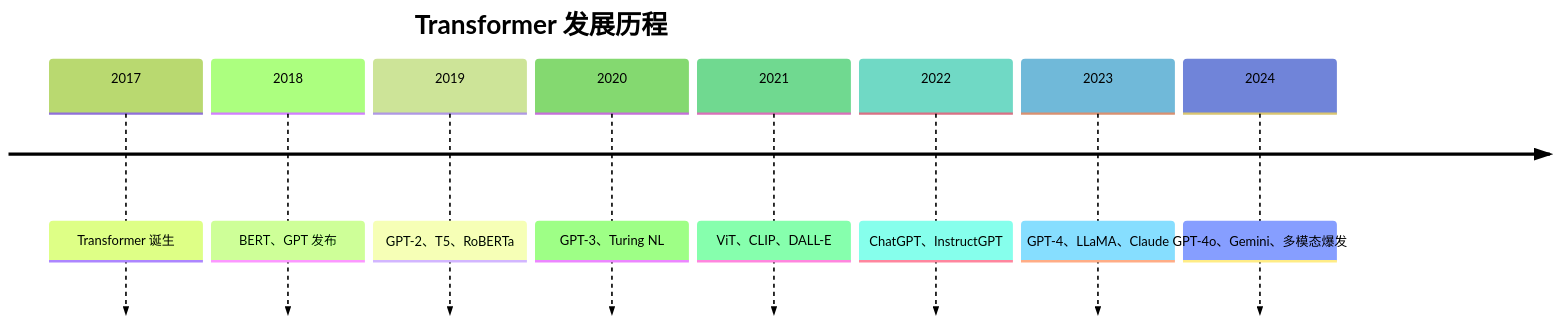
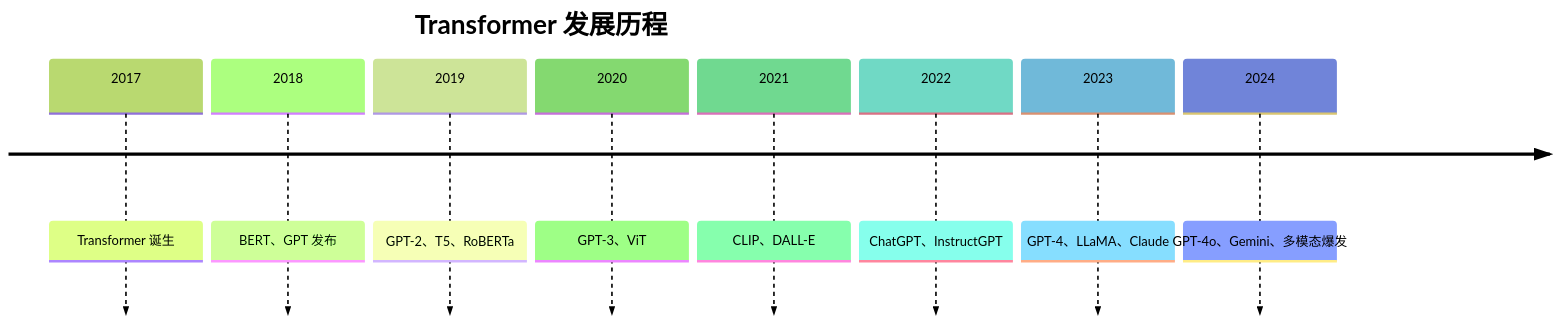
One commit to yulingfeng-rgb/obsidianDocuments changed the ninth of 9 diagrams in 30-Resources/AI概念/01_Transformer.md. Above: the diagram before and after it, drawn with Mermaid (forest theme). The commit also changed other lines of this file and 188 other files, not shown here.

````diff
--- a/30-Resources/AI概念/01_Transformer.md
+++ b/30-Resources/AI概念/01_Transformer.md
@@ -426,13 +301,12 @@
 ```mermaid
 timeline
     title Transformer 发展历程
-    
     2017 : Transformer 诞生
     2018 : BERT、GPT 发布
     2019 : GPT-2、T5、RoBERTa
-    2020 : GPT-3、Turing NL
-    2021 : ViT、CLIP、DALL-E
+    2020 : GPT-3、ViT
+    2021 : CLIP、DALL-E
     2022 : ChatGPT、InstructGPT
     2023 : GPT-4、LLaMA、Claude
     2024 : GPT-4o、Gemini、多模态爆发
 ```
````
